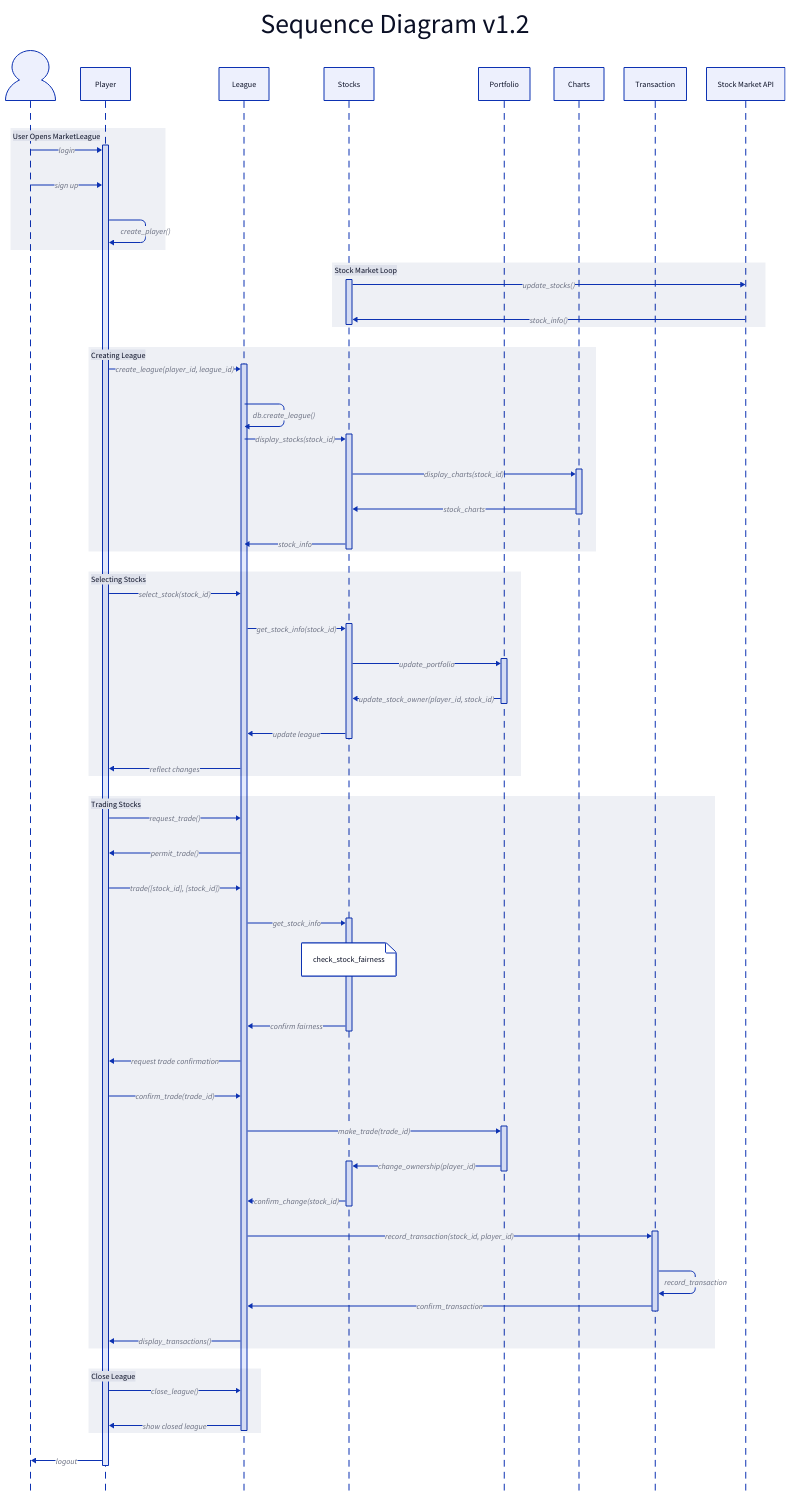
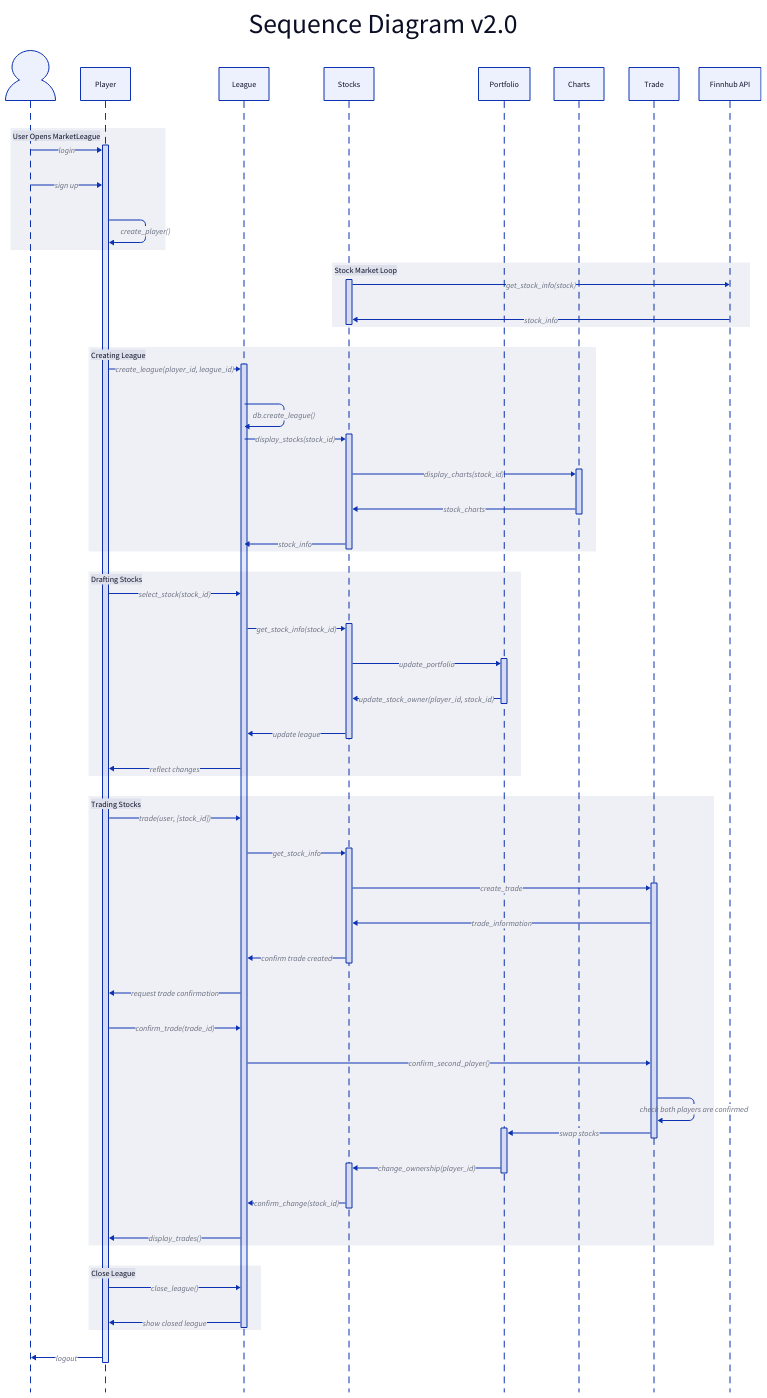
One commit to ricky-yosh/market-league changed the diagram in documentation/sequence-diagram.d2. Above: the diagram before and after it, drawn with D2. The commit also changed other lines of this file, not shown here.

Commit message:
Update sequence diagram

```diff
--- a/documentation/sequence-diagram.d2
+++ b/documentation/sequence-diagram.d2
@@ -1,95 +1,90 @@
-# Sequence Diagram v1.2
+# Sequence Diagram v2.0
 
-title: "Sequence Diagram v1.2" {
-    shape: text
-    near: top-center
-    style: {
-      font-size: 55
-    }
+title: "Sequence Diagram v2.0" {
+  shape: text
+  near: top-center
+  style: {
+    font-size: 55
   }
-  
-  # ######################
-  # # Boilerplate Setup ##
-  # ######################
-  
-  direction: right
-  shape: sequence_diagram
-  "": {
-    shape: person
-  }
-  Player
-  League
-  Stocks
-  Portfolio
-  Charts
-  Transaction
-  Stock Market API
-  
-  # ######################
-  # #  Boilerplate END  ##
-  # ######################
-  
-  User Opens MarketLeague: {
-    "" -> Player.play_game: login
-    "" -> Player.play_game: sign up
-    Player.play_game -> Player.play_game: create_player()
-  }
-  
-  # Stock Market Loop
-  Stock Market Loop: {
-    Stocks.daily_stock_update -> Stock Market API: update_stocks()
-    Stock Market API -> Stocks.daily_stock_update: stock_info()
-  }
-  
-  # Creating League
-  Creating League: {
-    Player.play_game -> League.league: create_league(player_id, league_id)
-    League -> League: db.create_league()
-    League -> Stocks.display_stocks: display_stocks(stock_id)
-    Stocks.display_stocks -> Charts.stock_chart: display_charts(stock_id)
-    Charts.stock_chart -> Stocks.display_stocks: stock_charts
-    Stocks.display_stocks -> League: stock_info
-  }
-  
-  # Selecting Stocks for League
-  Selecting Stocks: {
-    Player.play_game -> League.league: select_stock(stock_id)
-    League.league -> Stocks.stock_info: get_stock_info(stock_id)
-    Stocks.stock_info -> Portfolio.users_portfolio: update_portfolio
-    Portfolio.users_portfolio -> Stocks.stock_info: update_stock_owner(player_id, stock_id)
-    Stocks.stock_info -> League.league: update league
-    League.league -> Player.play_game: reflect changes
-  }
-  
-  # Trading Stocks
-  Trading Stocks: {
-    # Initial Trade Request
-    Player.player -> League.league: request_trade()
-    League.league -> Player.player: permit_trade()
-    Player.player -> League.league: trade(\[stock_id\], \[stock_id\])
-    League.league -> Stocks.stock: get_stock_info
-    Stocks: {
-      stock_fairness: check_stock_fairness
-    }
-    Stocks.stock -> League.league: confirm fairness
-    League.league -> Player.player: request trade confirmation
-  
-    # Trading Confirmation
-    Player.player -> League.league: confirm_trade(trade_id)
-    League.league -> Portfolio.update_portfolio: make_trade(trade_id)
-    Portfolio.update_portfolio -> Stocks.stock_update: change_ownership(player_id)
-    Stocks.stock_update -> League.league: confirm_change(stock_id)
-  
-    League.league -> Transaction.record_transaction: record_transaction(stock_id, player_id)
-    Transaction.record_transaction -> Transaction.record_transaction: record_transaction
-    Transaction.record_transaction -> League.league: confirm_transaction
-    League.league -> Player.player: display_transactions()
-  }
-  
-  # Close League
-  Close League: {
-    Player.play_game -> League.league: close_league()
-    League.league -> Player.play_game: show closed league
-  }
-  
-  Player.play_game -> "": logout
+}
+
+# ######################
+# # Boilerplate Setup ##
+# ######################
+
+direction: right
+shape: sequence_diagram
+"": {
+  shape: person
+}
+Player
+League
+Stocks
+Portfolio
+Charts
+Trade
+Finnhub API
+
+# ######################
+# #  Boilerplate END  ##
+# ######################
+
+User Opens MarketLeague: {
+  "" -> Player.play_game: login
+  "" -> Player.play_game: sign up
+  Player.play_game -> Player.play_game: create_player()
+}
+
+# Stock Market Loop
+Stock Market Loop: {
+  Stocks.daily_stock_update -> Finnhub API: get_stock_info(stock)
+  Finnhub API -> Stocks.daily_stock_update: stock_info
+}
+
+# Creating League
+Creating League: {
+  Player.play_game -> League.league: create_league(player_id, league_id)
+  League -> League: db.create_league()
+  League -> Stocks.display_stocks: display_stocks(stock_id)
+  Stocks.display_stocks -> Charts.stock_chart: display_charts(stock_id)
+  Charts.stock_chart -> Stocks.display_stocks: stock_charts
+  Stocks.display_stocks -> League: stock_info
+}
+
+# Drafting Stocks for League
+Drafting Stocks: {
+  Player.play_game -> League.league: select_stock(stock_id)
+  League.league -> Stocks.stock_info: get_stock_info(stock_id)
+  Stocks.stock_info -> Portfolio.users_portfolio: update_portfolio
+  Portfolio.users_portfolio -> Stocks.stock_info: update_stock_owner(player_id, stock_id)
+  Stocks.stock_info -> League.league: update league
+  League.league -> Player.play_game: reflect changes
+}
+
+# Trading Stocks
+Trading Stocks: {
+  # Initial Trade Request
+  Player.player -> League.league: trade(user, \[stock_id\])
+  League.league -> Stocks.stock: get_stock_info
+  Stocks.stock -> Trade.record_trade: create_trade
+  Trade.record_trade -> Stocks.stock: trade_information
+  Stocks.stock -> League.league: confirm trade created
+  League.league -> Player.player: request trade confirmation
+
+  # Trading Confirmation
+  Player.player -> League.league: confirm_trade(trade_id)
+  League.league -> Trade.record_trade: confirm_second_player()
+  Trade.record_trade -> Trade.record_trade: check both players are confirmed
+  Trade.record_trade -> Portfolio.update_portfolio: swap stocks
+  Portfolio.update_portfolio -> Stocks.stock_update: change_ownership(player_id)
+  Stocks.stock_update -> League.league: confirm_change(stock_id)
+  League.league -> Player.player: display_trades()
+}
+
+# Close League
+Close League: {
+  Player.play_game -> League.league: close_league()
+  League.league -> Player.play_game: show closed league
+}
+
+Player.play_game -> "": logout
```
